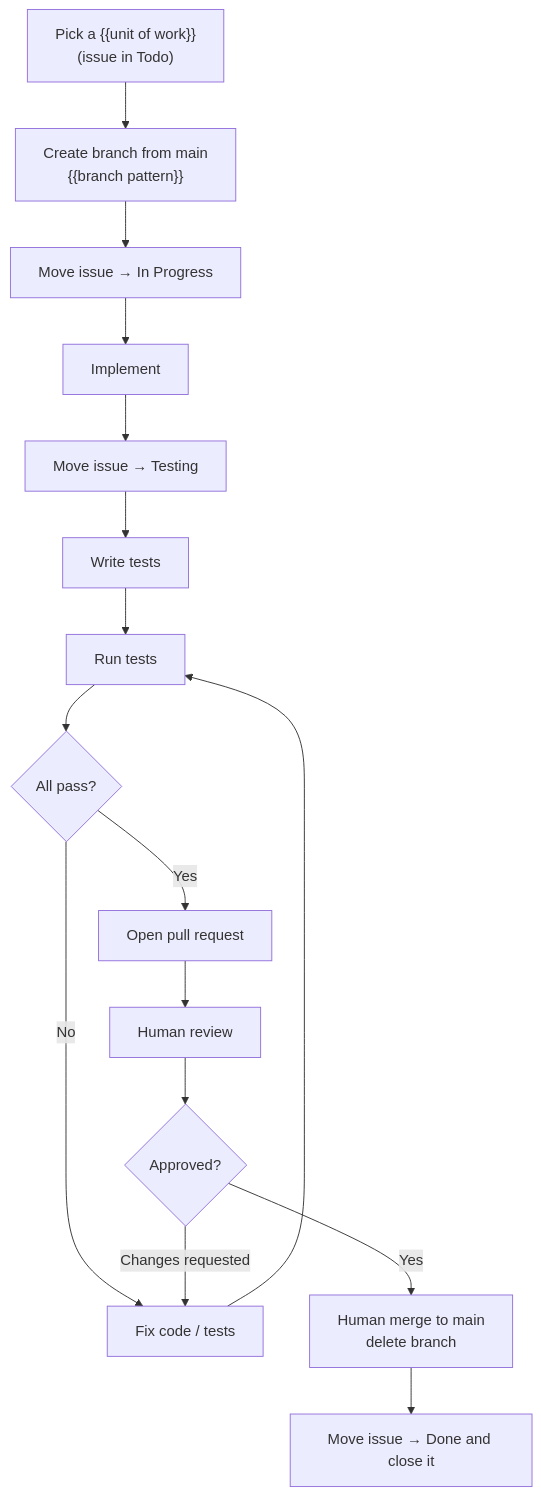
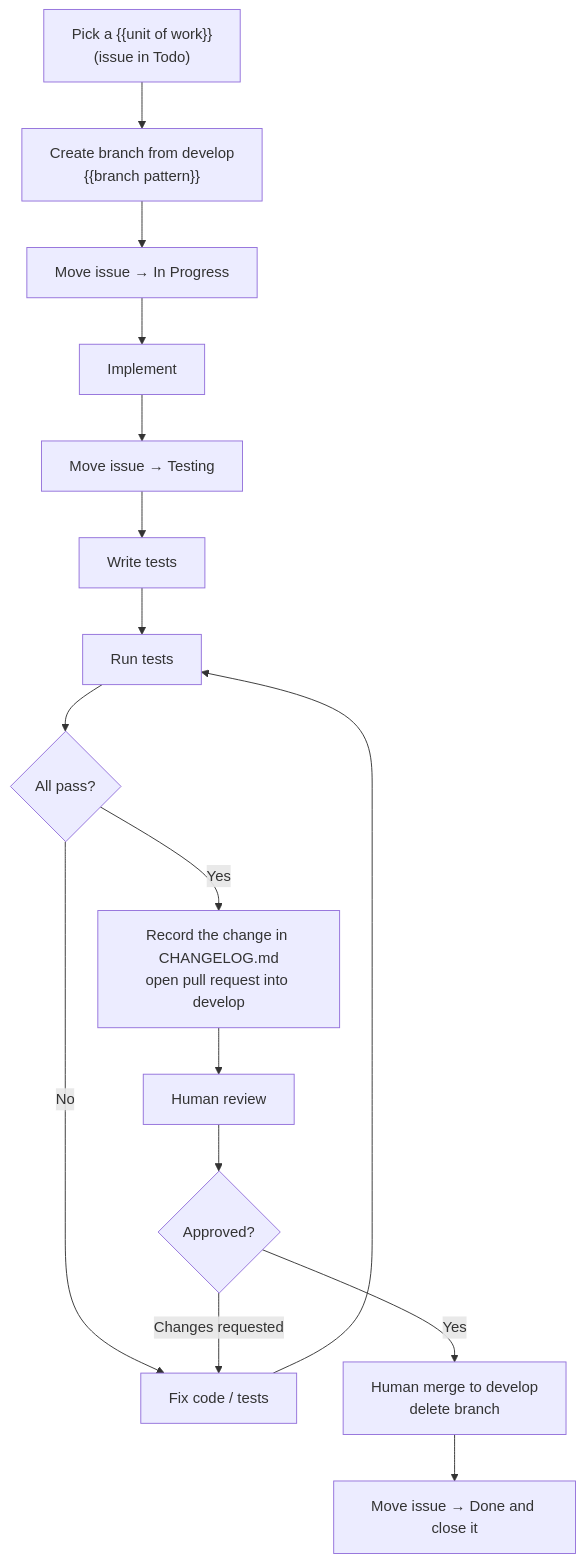
The diagram in generate-specs-from-brainstorm/templates/Development Workflow Document.md (artur-rios/ai-coding-skills), drawn with Mermaid before and after one commit. The commit also changed other lines of this file and 43 other files, not shown here.

````diff
--- a/generate-specs-from-brainstorm/templates/Development Workflow Document.md
+++ b/generate-specs-from-brainstorm/templates/Development Workflow Document.md
@@ -38,18 +42,18 @@
 ```mermaid
 flowchart TD
-    A["Pick a {{unit of work}}<br/>(issue in Todo)"] --> B["Create branch from main<br/>{{branch pattern}}"]
+    A["Pick a {{unit of work}}<br/>(issue in Todo)"] --> B["Create branch from develop<br/>{{branch pattern}}"]
     B --> C["Move issue → In Progress"]
     C --> D["Implement"]
     D --> E["Move issue → Testing"]
     E --> F["Write tests"]
     F --> G["Run tests"]
     G --> H{All pass?}
     H -->|No| I["Fix code / tests"]
     I --> G
-    H -->|Yes| J["Open pull request"]
+    H -->|Yes| J["Record the change in CHANGELOG.md<br/>open pull request into develop"]
     J --> K["Human review"]
     K --> L{Approved?}
     L -->|Changes requested| I
-    L -->|Yes| M["Human merge to main<br/>delete branch"]
+    L -->|Yes| M["Human merge to develop<br/>delete branch"]
     M --> N["Move issue → Done and close it"]
 ```
````
